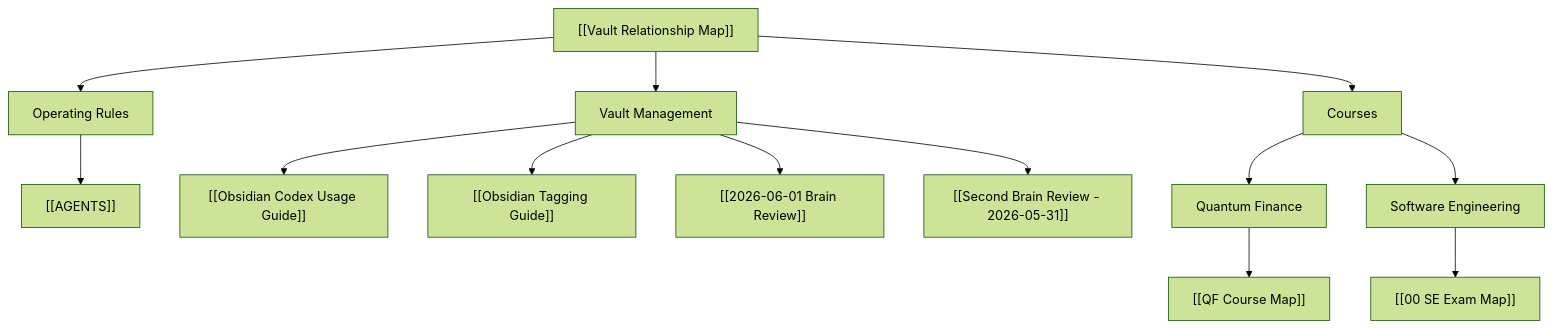
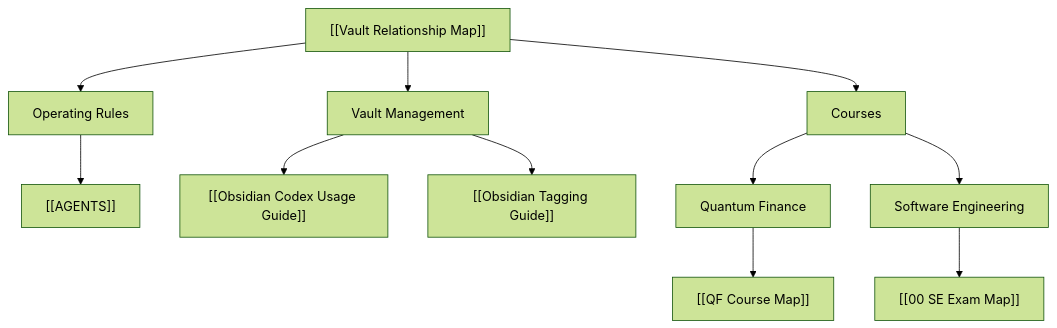
One commit to computersniper/second-brain changed the diagram in Resources/Vault Management/Vault Relationship Map.md. Above: the diagram before and after it, drawn with Mermaid (forest theme). The commit also changed other lines of this file and 1 other file, not shown here.

Commit message:
Keep review notes as references outside tree graph

````diff
--- a/Resources/Vault Management/Vault Relationship Map.md
+++ b/Resources/Vault Management/Vault Relationship Map.md
@@ -51,19 +52,17 @@
 ```mermaid
 flowchart TD
     Root["[[Vault Relationship Map]]"]
 
     Root --> Operating["Operating Rules"]
     Operating --> AGENTS["[[AGENTS]]"]
 
     Root --> Management["Vault Management"]
     Management --> Usage["[[Obsidian Codex Usage Guide]]"]
     Management --> Tags["[[Obsidian Tagging Guide]]"]
-    Management --> ReviewToday["[[2026-06-01 Brain Review]]"]
-    Management --> ReviewPrev["[[Second Brain Review - 2026-05-31]]"]
 
     Root --> Courses["Courses"]
     Courses --> QF["Quantum Finance"]
     Courses --> SE["Software Engineering"]
     QF --> QFMap["[[QF Course Map]]"]
     SE --> SEMap["[[00 SE Exam Map]]"]
 ```
````
